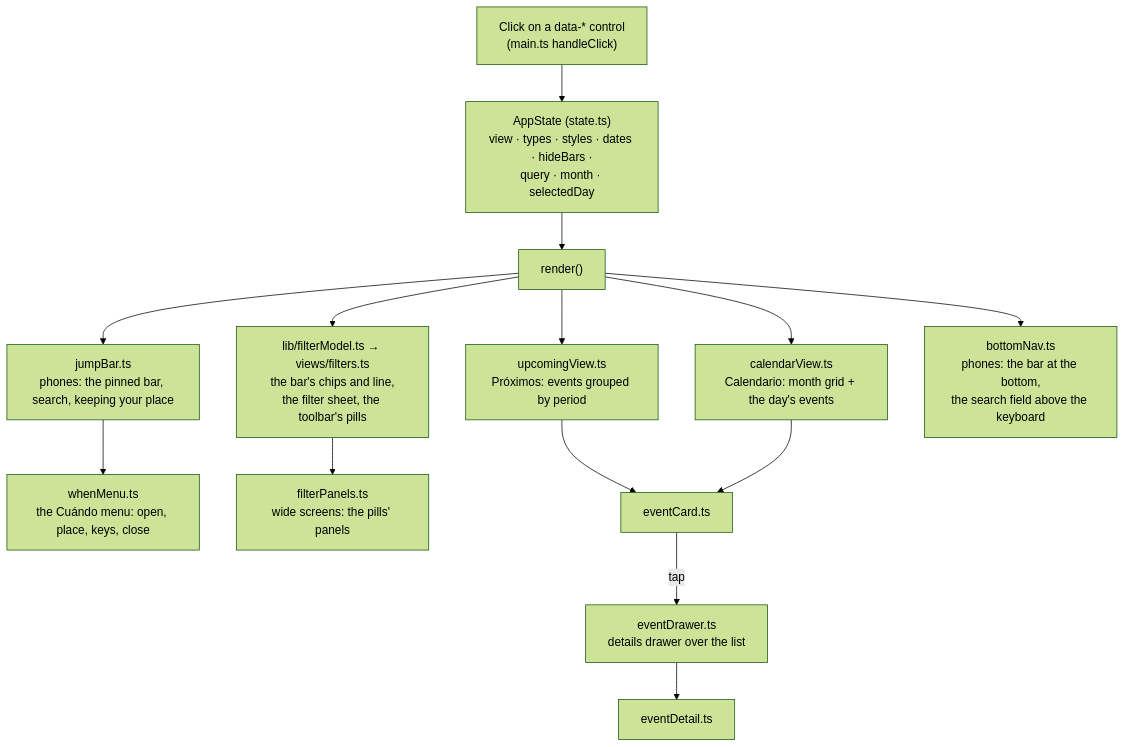
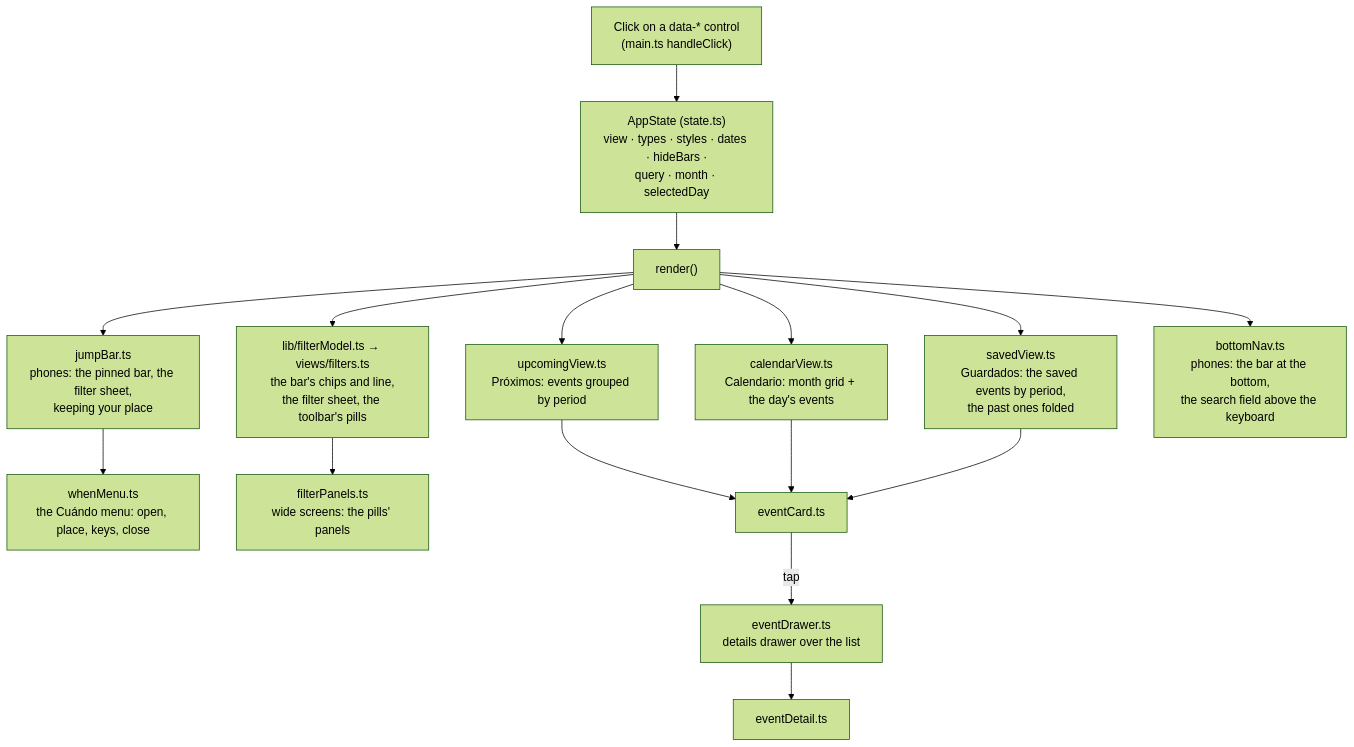
Before and after one commit to pa-bailar/pa-bailar.github.io: the seventh of 9 diagrams in docs/ARCHITECTURE.md, drawn with Mermaid (forest theme). The commit also changed other lines of this file and 10 other files, not shown here.

````diff
--- a/docs/ARCHITECTURE.md
+++ b/docs/ARCHITECTURE.md
@@ -359,17 +368,19 @@
 ```mermaid
 flowchart TD
     ST["AppState (state.ts)<br/>view · types · styles · dates · hideBars ·<br/>query · month · selectedDay"]
     CLICK["Click on a data-* control<br/>(main.ts handleClick)"] --> ST
     ST --> R["render()"]
     R --> F["lib/filterModel.ts → views/filters.ts<br/>the bar's chips and line,<br/>the filter sheet, the toolbar's pills"]
     R --> U["upcomingView.ts<br/>Próximos: events grouped by period"]
     R --> C["calendarView.ts<br/>Calendario: month grid + the day's events"]
-    R --> J["jumpBar.ts<br/>phones: the pinned bar, search, keeping your place"]
+    R --> S["savedView.ts<br/>Guardados: the saved events by period,<br/>the past ones folded"]
+    R --> J["jumpBar.ts<br/>phones: the pinned bar, the filter sheet,<br/>keeping your place"]
     J --> WM["whenMenu.ts<br/>the Cuándo menu: open, place, keys, close"]
     F --> FP["filterPanels.ts<br/>wide screens: the pills' panels"]
     R --> BN["bottomNav.ts<br/>phones: the bar at the bottom,<br/>the search field above the keyboard"]
     U --> CARD["eventCard.ts"]
     C --> CARD
+    S --> CARD
     CARD -- "tap" --> DLG["eventDrawer.ts<br/>details drawer over the list"]
     DLG --> DET["eventDetail.ts"]
 ```
````
